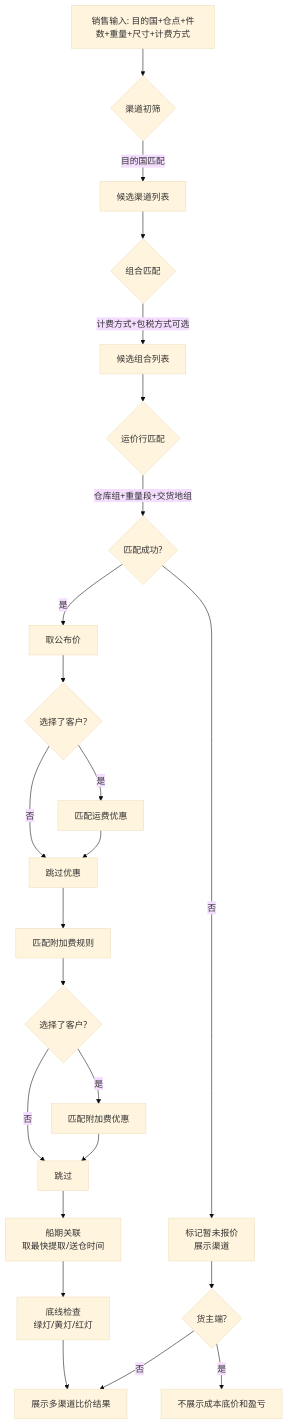
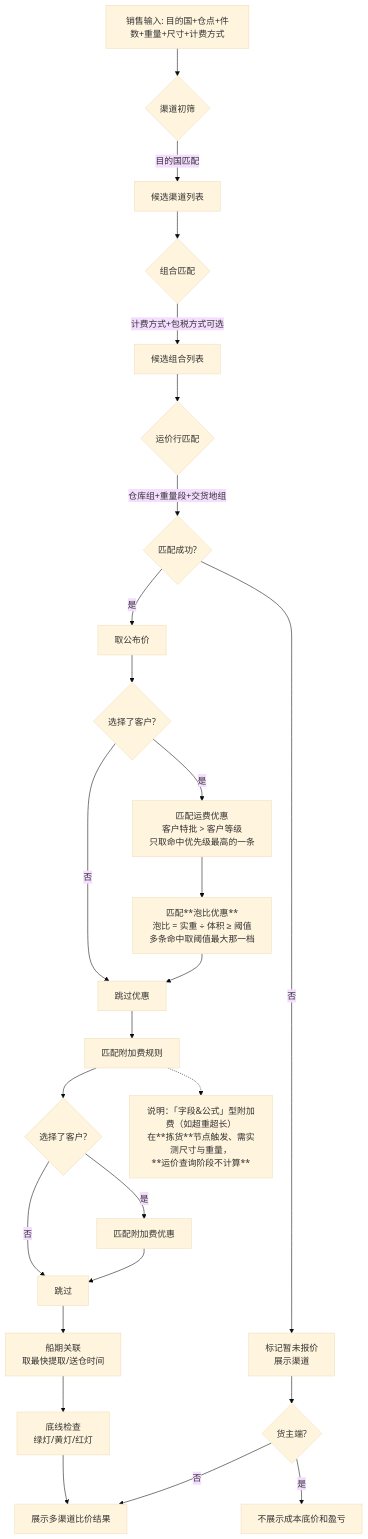
One commit to zhangwen960722/luna-daily changed the second of 6 diagrams in 0-产品经理使用IDE/drafts/超级运价/2026-09-12-数据设计.md. Above: the diagram before and after it, drawn with Mermaid (base theme). The commit also changed other lines of this file and 34 other files, not shown here.

````diff
--- a/0-产品经理使用IDE/drafts/超级运价/2026-09-12-数据设计.md
+++ b/0-产品经理使用IDE/drafts/超级运价/2026-09-12-数据设计.md
@@ -920,26 +922,28 @@
 ```mermaid
 flowchart TD
     A[销售输入: 目的国+仓点+件数+重量+尺寸+计费方式] --> B{渠道初筛}
     B -->|目的国匹配| C[候选渠道列表]
     C --> D{组合匹配}
     D -->|计费方式+包税方式可选| E[候选组合列表]
     E --> F{运价行匹配}
     F -->|仓库组+重量段+交货地组| G{匹配成功?}
     G -->|是| H[取公布价]
     G -->|否| I[标记暂未报价<br>展示渠道]
     H --> J{选择了客户?}
-    J -->|是| K[匹配运费优惠]
+    J -->|是| K[匹配运费优惠<br>客户特批 > 客户等级<br>只取命中优先级最高的一条]
     J -->|否| L[跳过优惠]
-    K --> L
+K --> K2[匹配**泡比优惠**<br>泡比 = 实重 ÷ 体积 ≥ 阈值<br>多条命中取阈值最大那一档]
+K2 --> L
     L --> M[匹配附加费规则]
     M --> N{选择了客户?}
     N -->|是| O[匹配附加费优惠]
     N -->|否| P[跳过]
     O --> P
+M -.-> M2[说明：「字段&公式」型附加费（如超重超长）<br>在**拣货**节点触发、需实测尺寸与重量，<br>**运价查询阶段不计算**]
     P --> Q[船期关联<br>取最快提取/送仓时间]
     Q --> R[底线检查<br>绿灯/黄灯/红灯]
     R --> S[展示多渠道比价结果]
     I --> T{货主端?}
     T -->|是| U[不展示成本底价和盈亏]
     T -->|否| S
 ```
````
